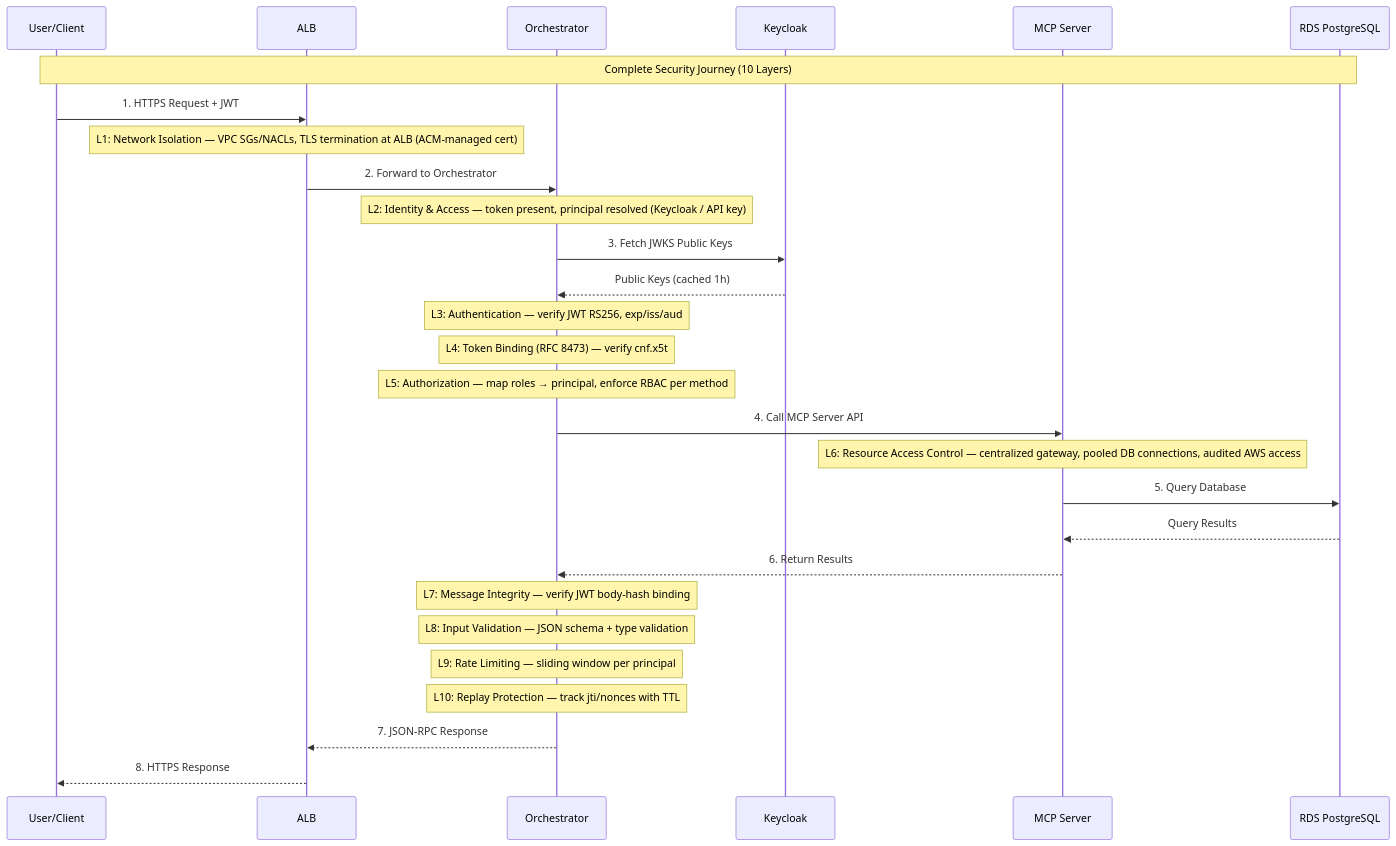
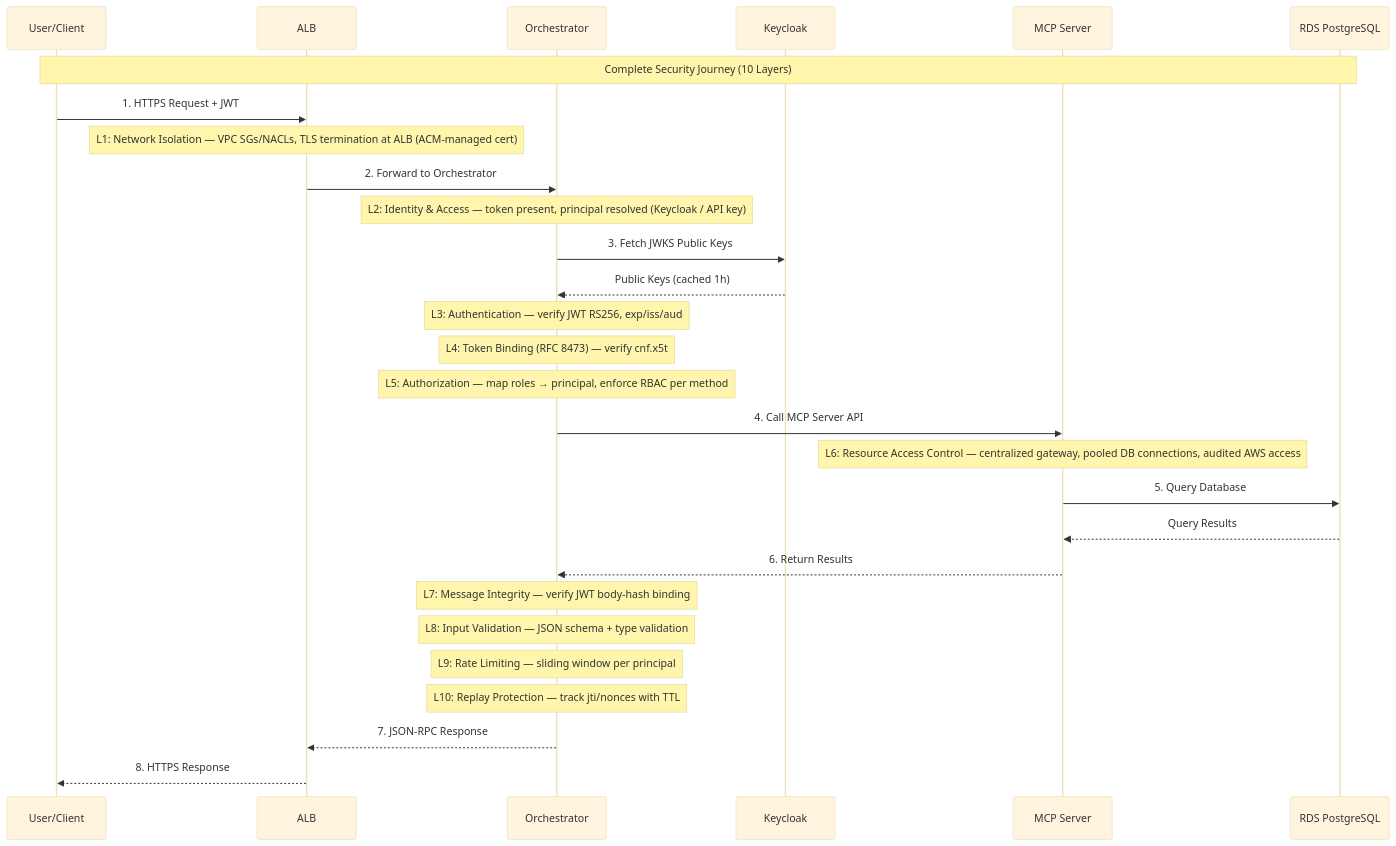
The fourth of 10 diagrams in CA_A2A_COMPLETE_SECURITY_DOCUMENTATION.md (jaafar-benabderrazak/ca_a2a), drawn with Mermaid before and after one commit. The commit also changed other lines of this file, not shown here.

Commit message:
Fix Mermaid parse error: remove parentheses from edge labels

````diff
--- a/CA_A2A_COMPLETE_SECURITY_DOCUMENTATION.md
+++ b/CA_A2A_COMPLETE_SECURITY_DOCUMENTATION.md
@@ -301,47 +304,48 @@
 ```mermaid
+%%{init: {"theme":"base","themeVariables":{"fontSize":"12px"}}}%%
 sequenceDiagram
     participant User as User/Client
     participant ALB as ALB
     participant Orch as Orchestrator
     participant KC as Keycloak
     participant MCP as MCP Server
     participant RDS as RDS PostgreSQL
 
     Note over User,RDS: Complete Security Journey (10 Layers)
 
     User->>ALB: 1. HTTPS Request + JWT
     
     Note over ALB: L1: Network Isolation — VPC SGs/NACLs, TLS termination at ALB (ACM-managed cert)
     
     ALB->>Orch: 2. Forward to Orchestrator
     
     Note over Orch: L2: Identity & Access — token present, principal resolved (Keycloak / API key)
     
     Orch->>KC: 3. Fetch JWKS Public Keys
     KC-->>Orch: Public Keys (cached 1h)
     
     Note over Orch: L3: Authentication — verify JWT RS256, exp/iss/aud
     
     Note over Orch: L4: Token Binding (RFC 8473) — verify cnf.x5t#S256 matches presented cert
     
     Note over Orch: L5: Authorization — map roles → principal, enforce RBAC per method
     
     Orch->>MCP: 4. Call MCP Server API
     
     Note over MCP: L6: Resource Access Control — centralized gateway, pooled DB connections, audited AWS access
     
     MCP->>RDS: 5. Query Database
     RDS-->>MCP: Query Results
     MCP-->>Orch: 6. Return Results
     
     Note over Orch: L7: Message Integrity — verify JWT body-hash binding
     
     Note over Orch: L8: Input Validation — JSON schema + type validation
     
     Note over Orch: L9: Rate Limiting — sliding window per principal
     
     Note over Orch: L10: Replay Protection — track jti/nonces with TTL
     
     Orch-->>ALB: 7. JSON-RPC Response
     ALB-->>User: 8. HTTPS Response
 ```
````
